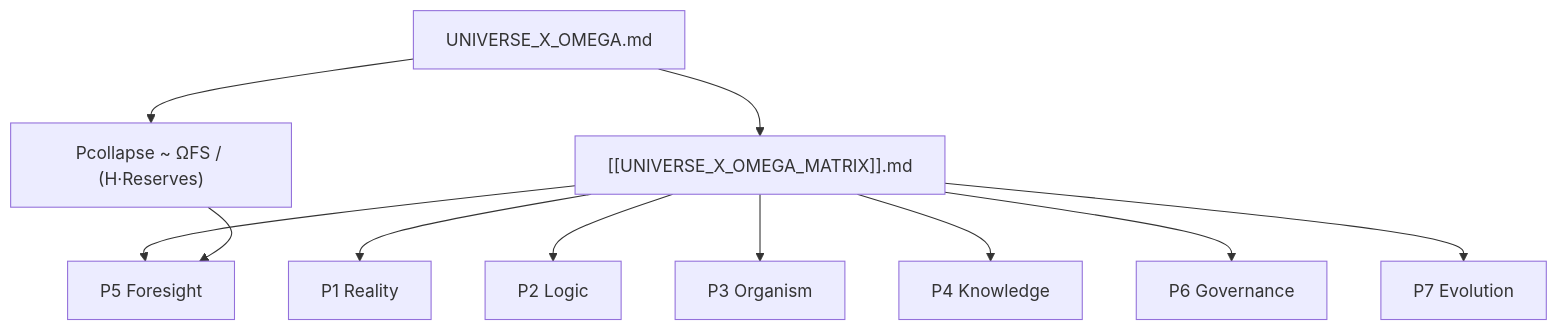
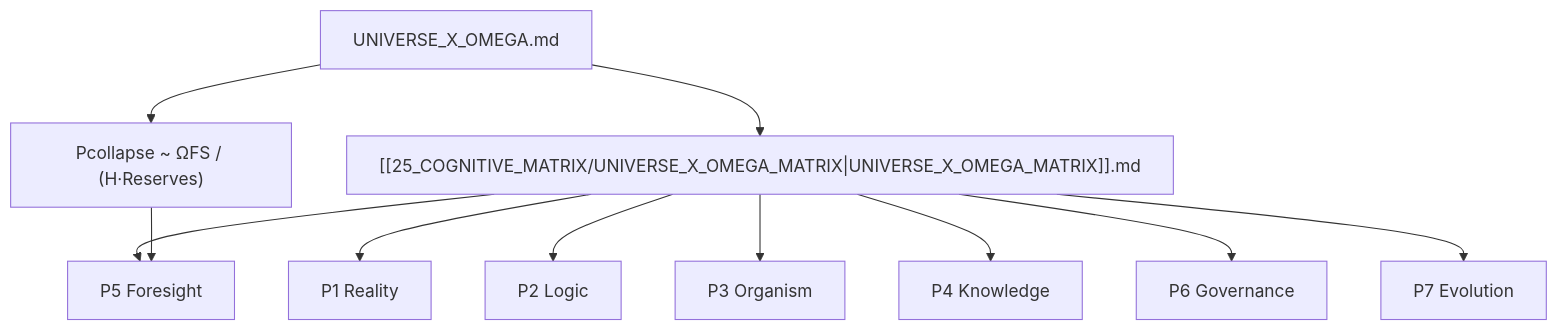
One commit to trangyp/AMOS-OS changed the second of 4 diagrams in 25_COGNITIVE_MATRIX/UNIVERSE_X_OMEGA.md. Above: the diagram before and after it, drawn with Mermaid. The commit also changed other lines of this file and 7037 other files, not shown here.

````diff
--- a/25_COGNITIVE_MATRIX/UNIVERSE_X_OMEGA.md
+++ b/25_COGNITIVE_MATRIX/UNIVERSE_X_OMEGA.md
@@ -3787,28 +3787,28 @@
 ```mermaid
 flowchart TD
 
     SPEC["UNIVERSE_X_OMEGA.md"]
     EQ["Pcollapse ~ ΩFS / (H·Reserves)"]
 
-    MATRIX["[[UNIVERSE_X_OMEGA_MATRIX]].md"]
+    MATRIX["[[25_COGNITIVE_MATRIX/UNIVERSE_X_OMEGA_MATRIX|UNIVERSE_X_OMEGA_MATRIX]].md"]
     P1["P1 Reality"]
     P2["P2 Logic"]
     P3["P3 Organism"]
     P4["P4 Knowledge"]
     P5["P5 Foresight"]
     P6["P6 Governance"]
     P7["P7 Evolution"]
 
     SPEC --> EQ
     SPEC --> MATRIX
 
     MATRIX --> P1
     MATRIX --> P2
     MATRIX --> P3
     MATRIX --> P4
     MATRIX --> P5
     MATRIX --> P6
     MATRIX --> P7
 
     EQ --> P5
 ```
````
